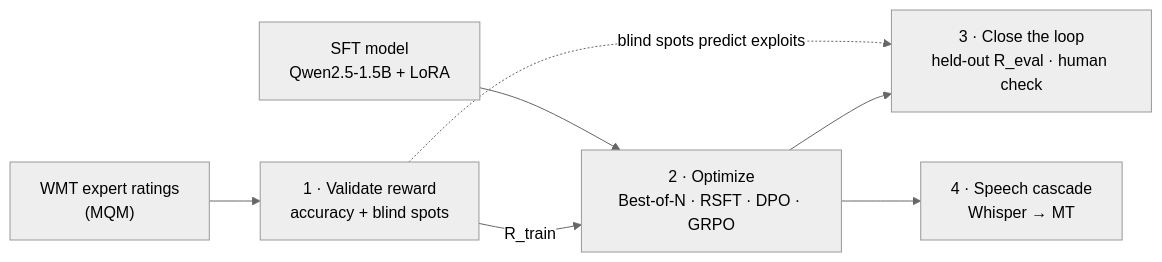
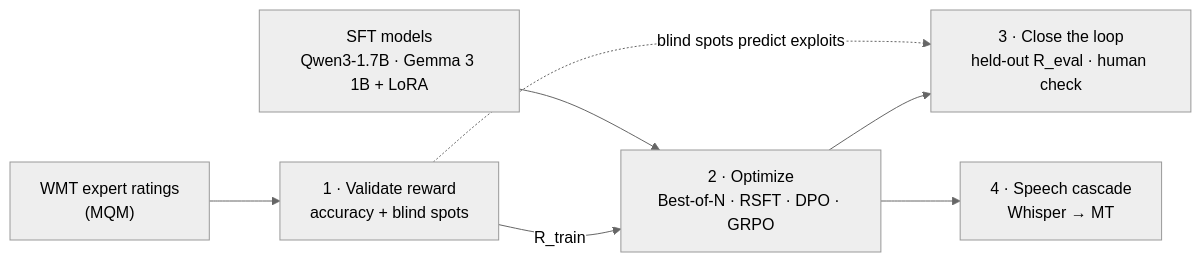
One commit to guohere/machine-translation-with-RLHF changed the diagram in README.md. Above: the diagram before and after it, drawn with Mermaid (neutral theme). The commit also changed other lines of this file and 17 other files, not shown here.

First line of the commit message:
Phase 2: two model families (Qwen3-1.7B main, Gemma 3 1B replication)

````diff
--- a/README.md
+++ b/README.md
@@ -20,9 +20,9 @@
 ```mermaid
 flowchart LR
     A["WMT expert ratings<br/>(MQM)"] --> B["1 · Validate reward<br/>accuracy + blind spots"]
     B -->|R_train| C["2 · Optimize<br/>Best-of-N · RSFT · DPO · GRPO"]
-    D["SFT model<br/>Qwen2.5-1.5B + LoRA"] --> C
+    D["SFT models<br/>Qwen3-1.7B · Gemma 3 1B + LoRA"] --> C
     C --> E["3 · Close the loop<br/>held-out R_eval · human check"]
     B -.->|blind spots predict exploits| E
     C --> F["4 · Speech cascade<br/>Whisper → MT"]
 ```
````
